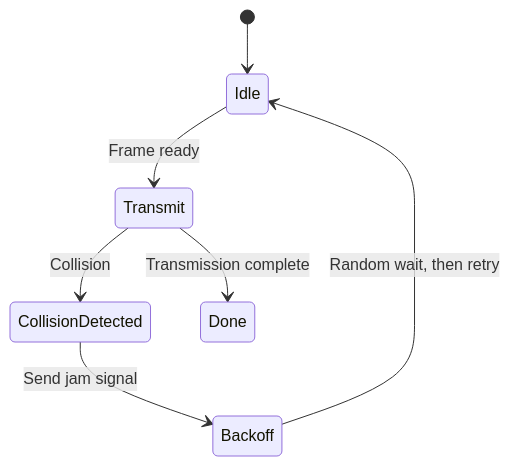
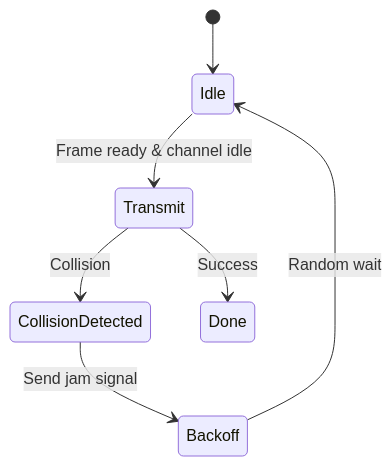
One commit to manishkumar8312/CS-Fundamentals changed the ninth of 10 diagrams in Computer Network/Ch 04 - Data Link Layer.md. Above: the diagram before and after it, drawn with Mermaid. The commit also changed other lines of this file, not shown here.

````diff
--- a/Computer Network/Ch 04 - Data Link Layer.md
+++ b/Computer Network/Ch 04 - Data Link Layer.md
@@ -160,9 +224,9 @@
 ```mermaid
 stateDiagram-v2
     [*] --> Idle
-    Idle --> Transmit: Frame ready
+    Idle --> Transmit: Frame ready & channel idle
     Transmit --> CollisionDetected: Collision
     CollisionDetected --> Backoff: Send jam signal
-    Backoff --> Idle: Random wait, then retry
-    Transmit --> Done: Transmission complete
+    Backoff --> Idle: Random wait
+    Transmit --> Done: Success
 ```
````
